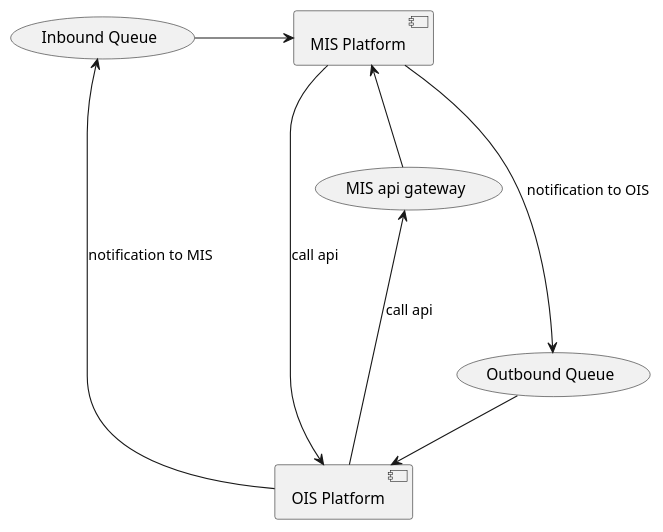
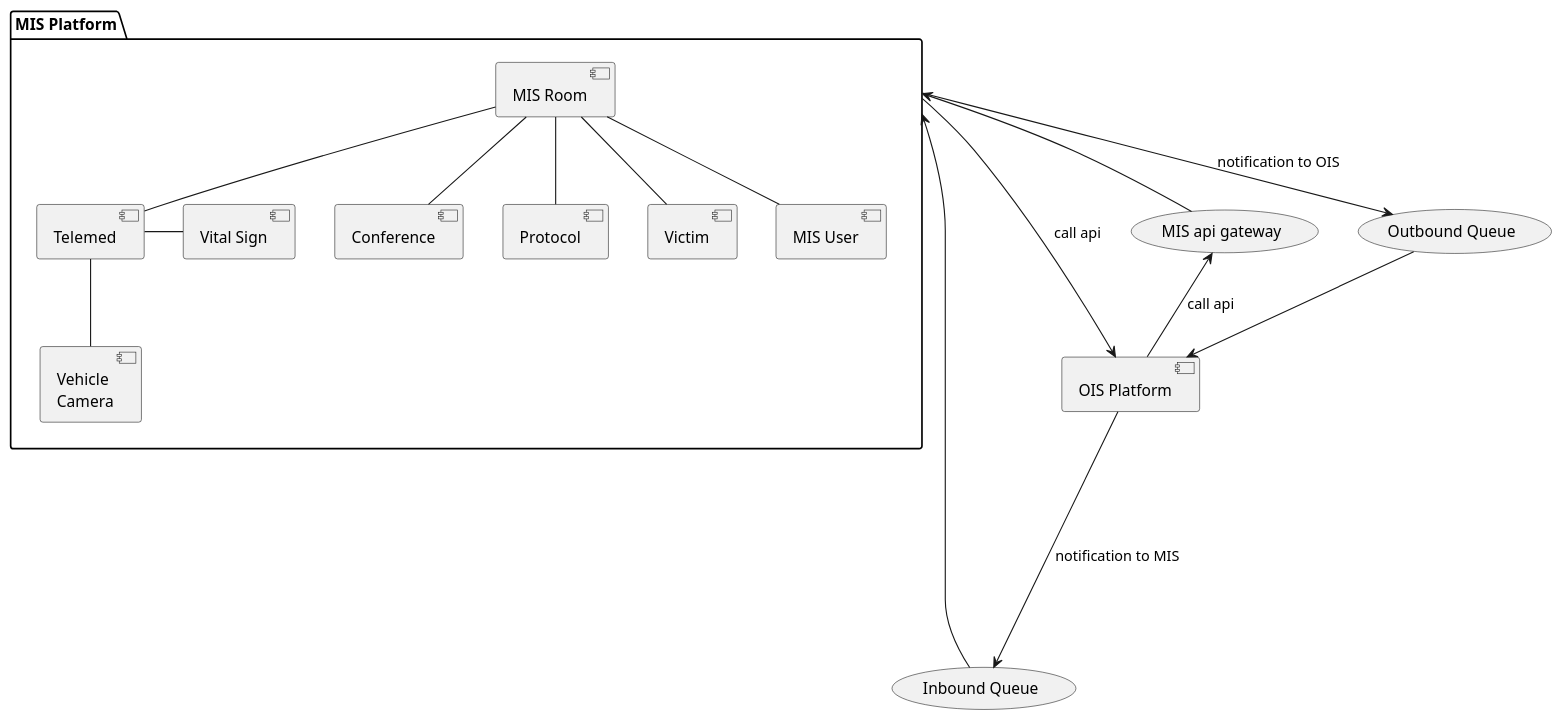
One commit to lionants02/mis-api-doc changed the diagram in uml/api_gateway.plantuml. Above: the diagram before and after it, drawn with PlantUML. The commit also changed 1 other file, not shown here.

```diff
--- a/uml/api_gateway.plantuml
+++ b/uml/api_gateway.plantuml
@@ -1,20 +1,40 @@
 @startuml
   "OIS Platform"  as [OIS]
-  "MIS Platform" as [MIS]
   : MIS api gateway : as (gateway)
+
+  package "MIS Platform" as MIS{
+    [MIS Room]
+    [Telemed]
+    [Vital Sign]
+    [Conference]
+    [Protocol]
+    [Victim]
+    [MIS User] as User
+    [Vehicle\nCamera] as Vehicle
+
+    [MIS Room] -- [Telemed]
+    [MIS Room] -- [Conference]
+    [MIS Room] -- [Protocol]
+    [MIS Room] -- [Victim]
+    [MIS Room] -- User
+
+    [Telemed] - [Vital Sign]
+    [Telemed] -- Vehicle
+
+  }
 
   gateway <-- OIS : call api
   MIS <-- gateway
 
   : Outbound Queue : as (outbound)
   MIS ----> outbound : notification to OIS
 
   outbound --> OIS
 
   : Inbound Queue : as (inbound)
   OIS ----> inbound : notification to MIS
   inbound -> MIS
 
   MIS --> OIS : call api
 
 @enduml
```
